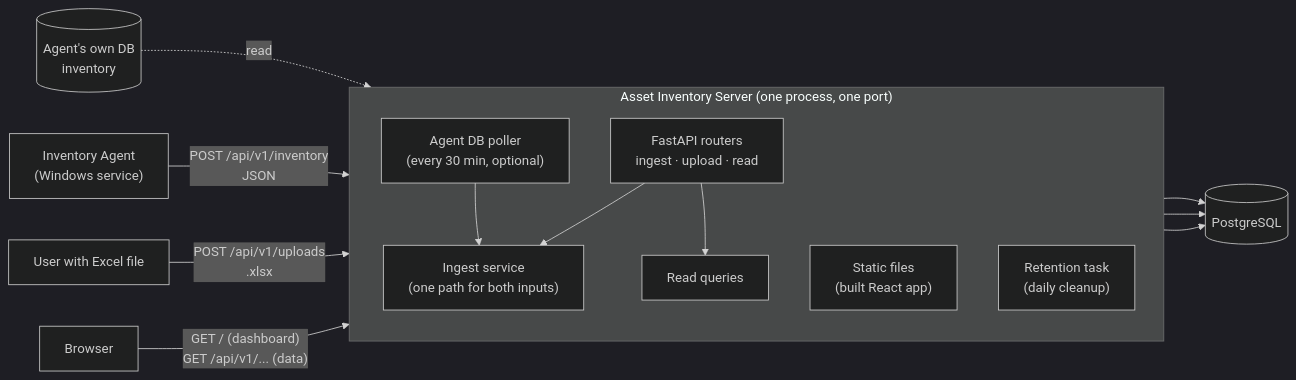
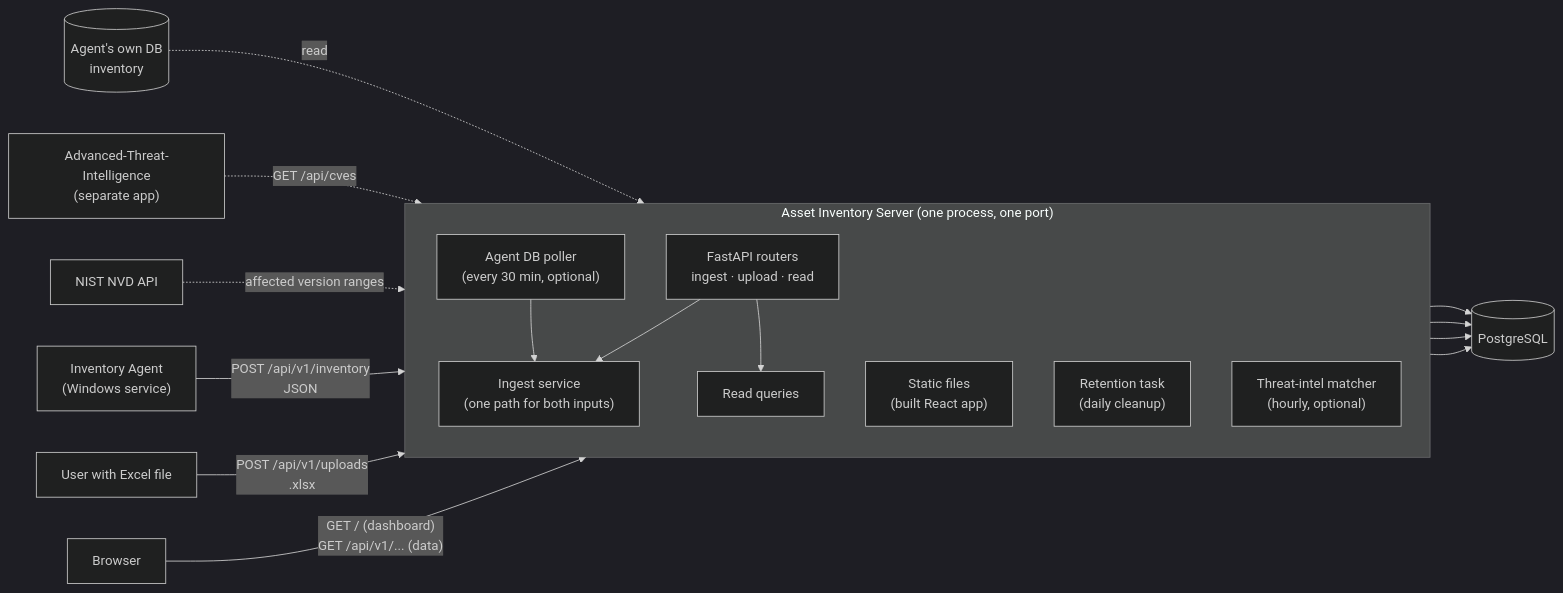
Before and after one commit to krishnaphani-hue/invetoryagent: the first of 2 diagrams in docs/DESIGN.md, drawn with Mermaid (dark theme). The commit also changed other lines of this file and 15 other files, not shown here.

First line of the commit message:
Add vulnerability matching against Advanced-Threat-Intelligence

````diff
--- a/docs/DESIGN.md
+++ b/docs/DESIGN.md
@@ -40,18 +41,22 @@
 ```mermaid
 flowchart LR
     A["Inventory Agent<br/>(Windows service)"] -- "POST /api/v1/inventory<br/>JSON" --> S
     U["User with Excel file"] -- "POST /api/v1/uploads<br/>.xlsx" --> S
     B["Browser"] -- "GET / (dashboard)<br/>GET /api/v1/... (data)" --> S
     subgraph S["Asset Inventory Server (one process, one port)"]
         direction TB
         R["FastAPI routers<br/>ingest · upload · read"] --> I["Ingest service<br/>(one path for both inputs)"]
         R --> Q["Read queries"]
         ST["Static files<br/>(built React app)"]
         RT["Retention task<br/>(daily cleanup)"]
         AP["Agent DB poller<br/>(every 30 min, optional)"] --> I
+        TI["Threat-intel matcher<br/>(hourly, optional)"]
     end
     ADB[("Agent's own DB<br/>inventory")] -. "read" .-> AP
+    ATI["Advanced-Threat-Intelligence<br/>(separate app)"] -. "GET /api/cves" .-> TI
+    NVD["NIST NVD API"] -. "affected version ranges" .-> TI
     I --> DB[("PostgreSQL")]
     Q --> DB
     RT --> DB
+    TI --> DB
 ```
````
